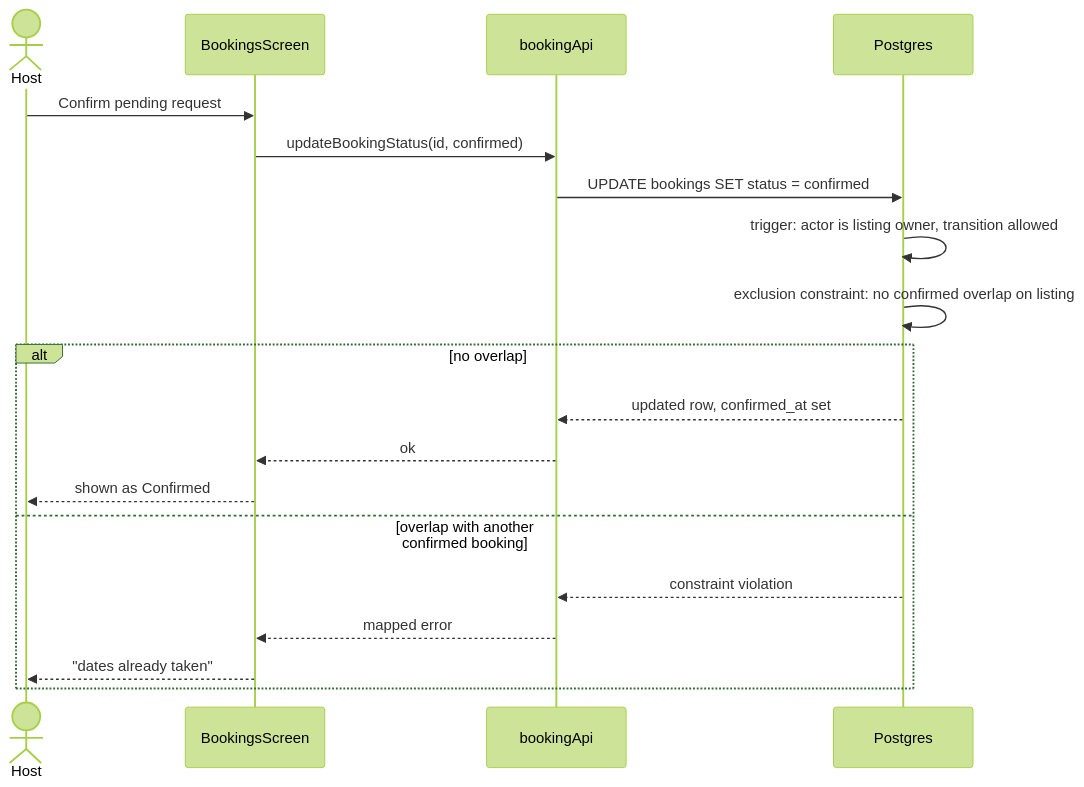
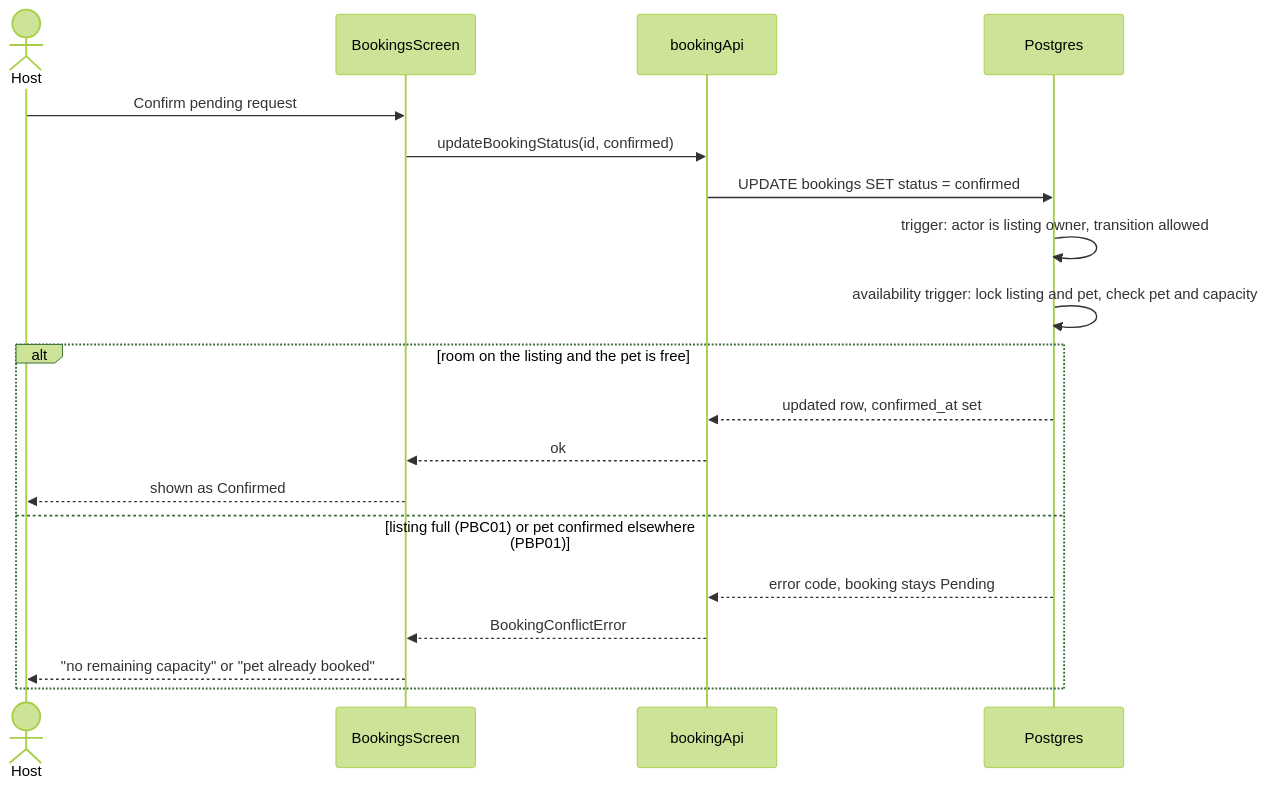
One commit to ziannsnp/petswap changed the eighth of 13 diagrams in docs/design-document.md. Above: the diagram before and after it, drawn with Mermaid (forest theme). The commit also changed other lines of this file and 3 other files, not shown here.

First line of the commit message:
docs: describe the capacity and pet rules in the design, API, and acceptance docs

````diff
--- a/docs/design-document.md
+++ b/docs/design-document.md
@@ -286,22 +287,22 @@
 ```mermaid
 sequenceDiagram
     actor Host
     participant UI as BookingsScreen
     participant API as bookingApi
     participant DB as Postgres
 
     Host->>UI: Confirm pending request
     UI->>API: updateBookingStatus(id, confirmed)
     API->>DB: UPDATE bookings SET status = confirmed
     DB->>DB: trigger: actor is listing owner, transition allowed
-    DB->>DB: exclusion constraint: no confirmed overlap on listing
-    alt no overlap
+    DB->>DB: availability trigger: lock listing and pet, check pet and capacity
+    alt room on the listing and the pet is free
         DB-->>API: updated row, confirmed_at set
         API-->>UI: ok
         UI-->>Host: shown as Confirmed
-    else overlap with another confirmed booking
-        DB-->>API: constraint violation
-        API-->>UI: mapped error
-        UI-->>Host: "dates already taken"
+    else listing full (PBC01) or pet confirmed elsewhere (PBP01)
+        DB-->>API: error code, booking stays Pending
+        API-->>UI: BookingConflictError
+        UI-->>Host: "no remaining capacity" or "pet already booked"
     end
 ```
````
